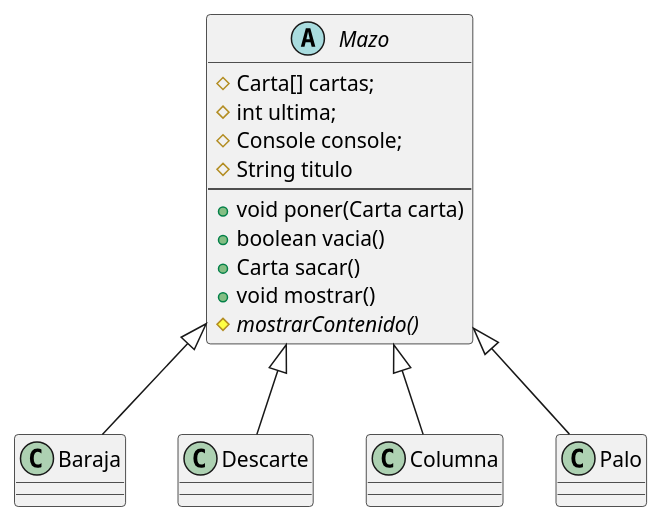
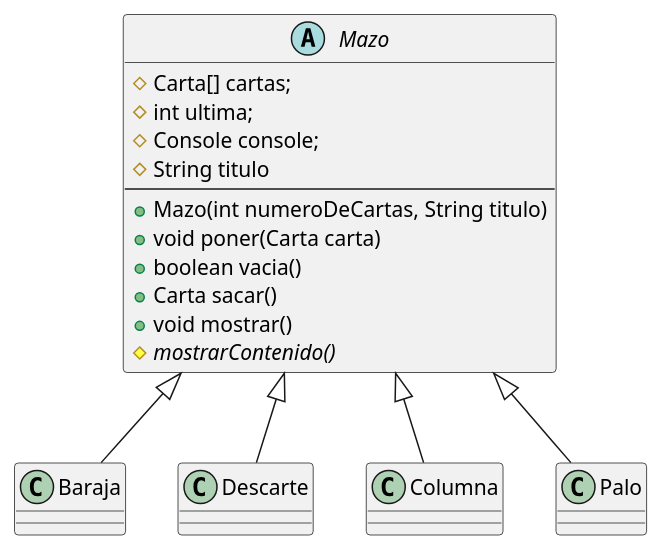
One commit to mmasias/24-25-pyKlondike changed the diagram in jerarquia.puml. Above: the diagram before and after it, drawn with PlantUML. The commit also changed 1 other file, not shown here.

Commit message:
fix: corrección del constructor en diagrama de la clase Mazo

```diff
--- a/jerarquia.puml
+++ b/jerarquia.puml
@@ -1,22 +1,23 @@
 class Baraja
 class Descarte
 class Columna
 class Palo
 
 abstract Mazo {
     # Carta[] cartas;
     # int ultima;
     # Console console;      
     # String titulo
     ---
+    + Mazo(int numeroDeCartas, String titulo)
     + void poner(Carta carta)  
     + boolean vacia()   
     + Carta sacar()
     + void mostrar()
     # {abstract} mostrarContenido()
 }
 
 Baraja -u-|> Mazo
 Descarte -u-|> Mazo
 Columna -u-|> Mazo
 Palo  -u-|> Mazo
```
